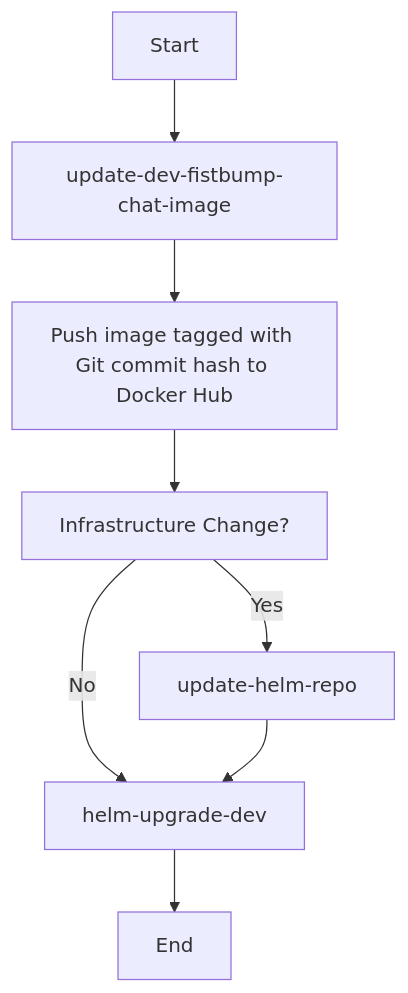
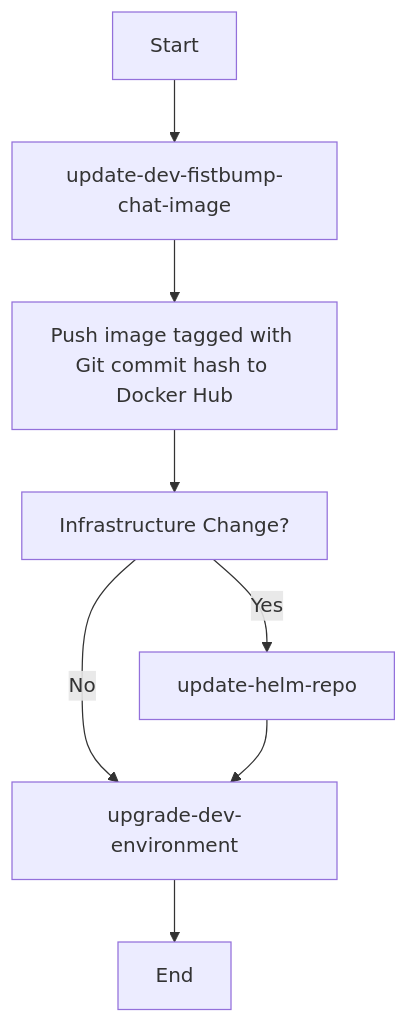
One commit to titan-syndicate/glowing-system changed the diagram in docs/ci.md. Above: the diagram before and after it, drawn with Mermaid. The commit also changed other lines of this file and 3 other files, not shown here.

````diff
--- a/docs/ci.md
+++ b/docs/ci.md
@@ -40,11 +40,11 @@
 ```mermaid
 graph TD
     A[Start] --> B[update-dev-fistbump-chat-image]
     B --> C[Push image tagged with Git commit hash to Docker Hub]
     D[Infrastructure Change?]
     C --> D
     D -- Yes --> E[update-helm-repo]
-    D -- No --> F[helm-upgrade-dev]
+    D -- No --> F[upgrade-dev-environment]
     E --> F
     F --> G[End]
 ```
````
